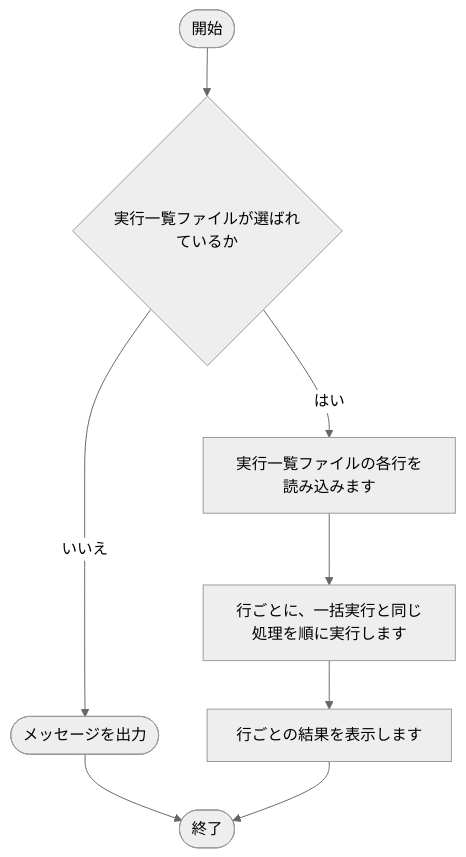
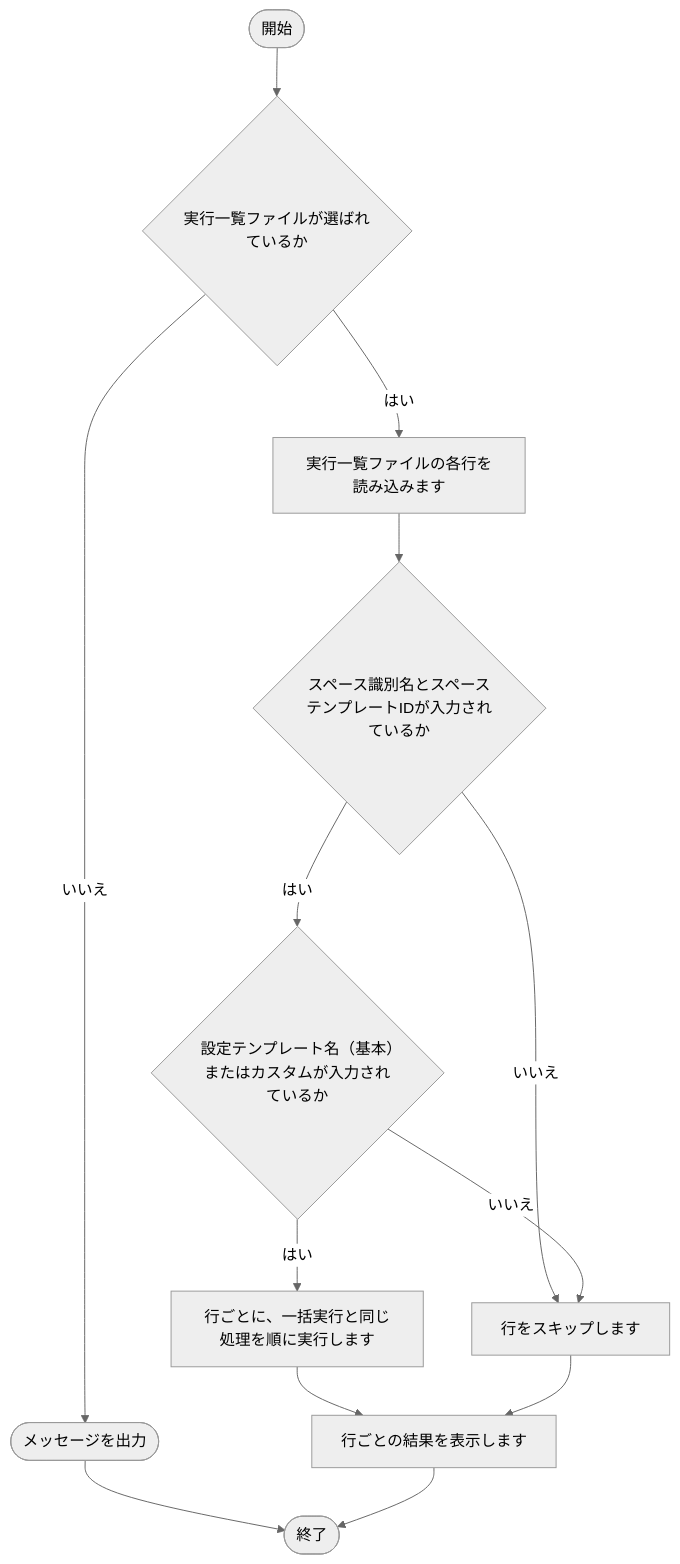
One commit to nishida2073/project_management changed the sixth of 15 diagrams in tool/kintone-resourse-generator/doc/02_設計/処理フロー.md. Above: the diagram before and after it, drawn with Mermaid (neutral theme). The commit also changed other lines of this file and 16 other files, not shown here.

````diff
--- a/tool/kintone-resourse-generator/doc/02_設計/処理フロー.md
+++ b/tool/kintone-resourse-generator/doc/02_設計/処理フロー.md
@@ -173,17 +179,25 @@
 ```mermaid
 flowchart TD
     S(["開始"])
     E(["終了"])
     N1{"実行一覧ファイルが選ばれているか"}
     X1(["メッセージを出力"])
     X1 --> E
     N1 -- いいえ --> X1
     S --> N1
     N2["実行一覧ファイルの各行を読み込みます"]
     N1 -- はい --> N2
-    N3["行ごとに、一括実行と同じ処理を順に実行します"]
+    N3{"スペース識別名とスペーステンプレートIDが入力されているか"}
     N2 --> N3
-    N4["行ごとの結果を表示します"]
-    N3 --> N4
-    N4 --> E
+    N4{"設定テンプレート名（基本）またはカスタムが入力されているか"}
+    N3 -- はい --> N4
+    X3["行をスキップします"]
+    N3 -- いいえ --> X3
+    N4 -- いいえ --> X3
+    N5["行ごとに、一括実行と同じ処理を順に実行します"]
+    N4 -- はい --> N5
+    N6["行ごとの結果を表示します"]
+    N5 --> N6
+    X3 --> N6
+    N6 --> E
 ```
````
